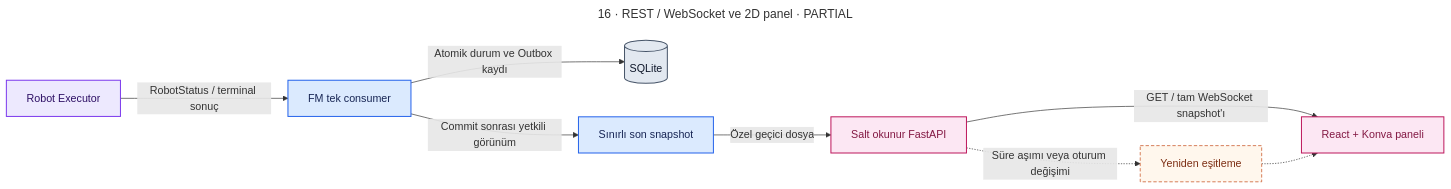
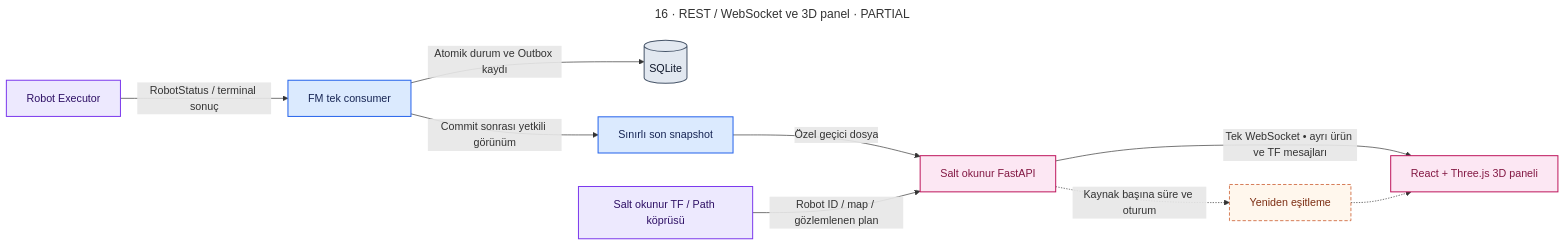
One commit to m-gnr/ros2-fleet-manager changed diagram 16 of 18 in docs/diagrams/README.md. Above: the diagram before and after it, drawn with Mermaid. The commit also changed other lines of this file and 68 other files, not shown here.

````diff
--- a/docs/diagrams/README.md
+++ b/docs/diagrams/README.md
@@ -931,23 +934,24 @@
 ```mermaid
 ---
-title: "16 · REST / WebSocket ve 2D panel · PARTIAL"
+title: "16 · REST / WebSocket ve 3D panel · PARTIAL"
 ---
 flowchart LR
  EX["Robot Executor"]:::executor -->|"RobotStatus / terminal sonuç"| Q["FM tek consumer"]:::fm
  Q -->|"Atomik durum ve Outbox kaydı"| DB[("SQLite")]:::db
  Q -->|"Commit sonrası yetkili görünüm"| S["Sınırlı son snapshot"]:::fm
  S -->|"Özel geçici dosya"| API["Salt okunur FastAPI"]:::ui
- API -->|"GET / tam WebSocket snapshot'ı"| U["React + Konva paneli"]:::ui
- API -.->|"Süre aşımı veya oturum değişimi"| R["Yeniden eşitleme"]:::wait
+ ROS["Salt okunur TF / Path köprüsü"]:::executor -->|"Robot ID / map / gözlemlenen plan"| API
+ API -->|"Tek WebSocket • ayrı ürün ve TF mesajları"| U["React + Three.js 3D paneli"]:::ui
+ API -.->|"Kaynak başına süre ve oturum"| R["Yeniden eşitleme"]:::wait
  R -.-> U
 
  classDef fm fill:#dbeafe,stroke:#2563eb,color:#172554,stroke-width:1.5px;
  classDef executor fill:#ede9fe,stroke:#7c3aed,color:#2e1065,stroke-width:1.5px;
  classDef battery fill:#fef3c7,stroke:#d97706,color:#78350f,stroke-width:1.5px;
  classDef db fill:#e2e8f0,stroke:#475569,color:#0f172a,stroke-width:1.5px;
  classDef ui fill:#fce7f3,stroke:#be185d,color:#831843,stroke-width:1.5px;
  classDef decision fill:#fff,stroke:#334155,color:#0f172a,stroke-width:2px;
  classDef error fill:#fee2e2,stroke:#dc2626,color:#7f1d1d,stroke-width:2px;
  classDef wait fill:#fff7ed,stroke:#c2410c,color:#7c2d12,stroke-dasharray:5 3;
  classDef terminal fill:#dcfce7,stroke:#15803d,color:#14532d,stroke-width:2px;
 ```
````
